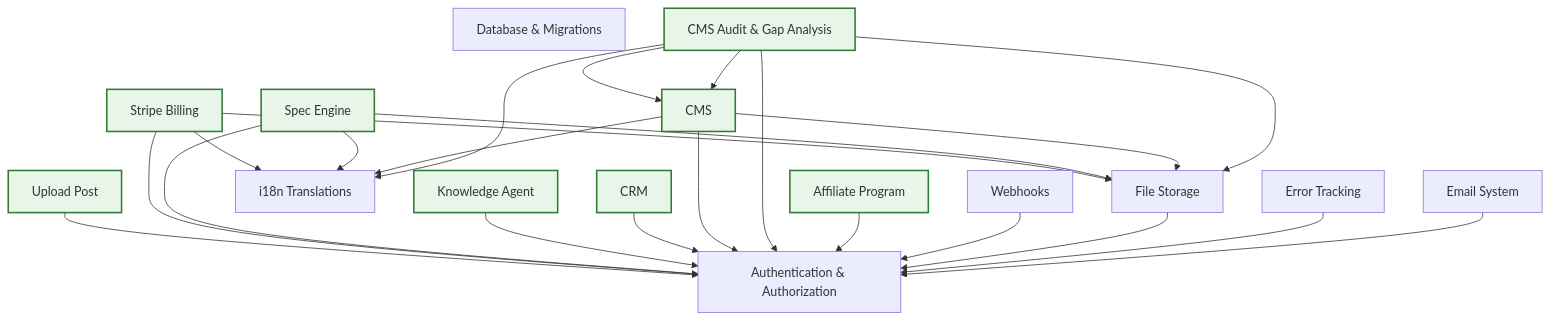
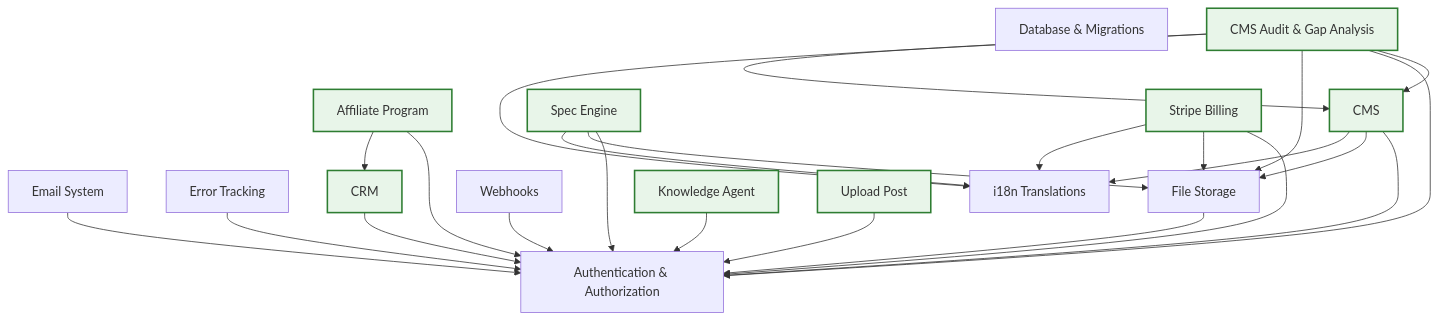
One commit to ADCP-dev/worldbid-api changed the diagram in docs/ARCHITECTURE.md. Above: the diagram before and after it, drawn with Mermaid. The commit also changed other lines of this file and 12 other files, not shown here.

Commit message:
feat(affiliate): partner public code, secure set-password invite, CRM from-client conversion, portal profile allowlist, README with mermaid flows + service tests

````diff
--- a/docs/ARCHITECTURE.md
+++ b/docs/ARCHITECTURE.md
@@ -68,42 +68,43 @@
 ```mermaid
 graph TD
   auth["Authentication & Authorization"]
   database["Database & Migrations"]
   email["Email System"]
   error-logging["Error Tracking"]
   storage["File Storage"]
   translations["i18n Translations"]
   webhooks["Webhooks"]
   affiliate["Affiliate Program"]:::ext
   cms-audit["CMS Audit & Gap Analysis"]:::ext
   cms["CMS"]:::ext
   crm["CRM"]:::ext
   knowledge-agent["Knowledge Agent"]:::ext
   spec-engine["Spec Engine"]:::ext
   stripe["Stripe Billing"]:::ext
   upload-post["Upload Post"]:::ext
   email --> auth
   error-logging --> auth
   storage --> auth
   webhooks --> auth
   affiliate --> auth
+  affiliate --> crm
   cms-audit --> cms
   cms-audit --> auth
   cms-audit --> storage
   cms-audit --> translations
   cms-audit --> cms
   cms --> auth
   cms --> storage
   cms --> translations
   crm --> auth
   knowledge-agent --> auth
   spec-engine --> auth
   spec-engine --> storage
   spec-engine --> translations
   stripe --> auth
   stripe --> storage
   stripe --> translations
   upload-post --> auth
 
   classDef ext fill:#e8f5e9,stroke:#2e7d32,stroke-width:2px;
 ```
````
